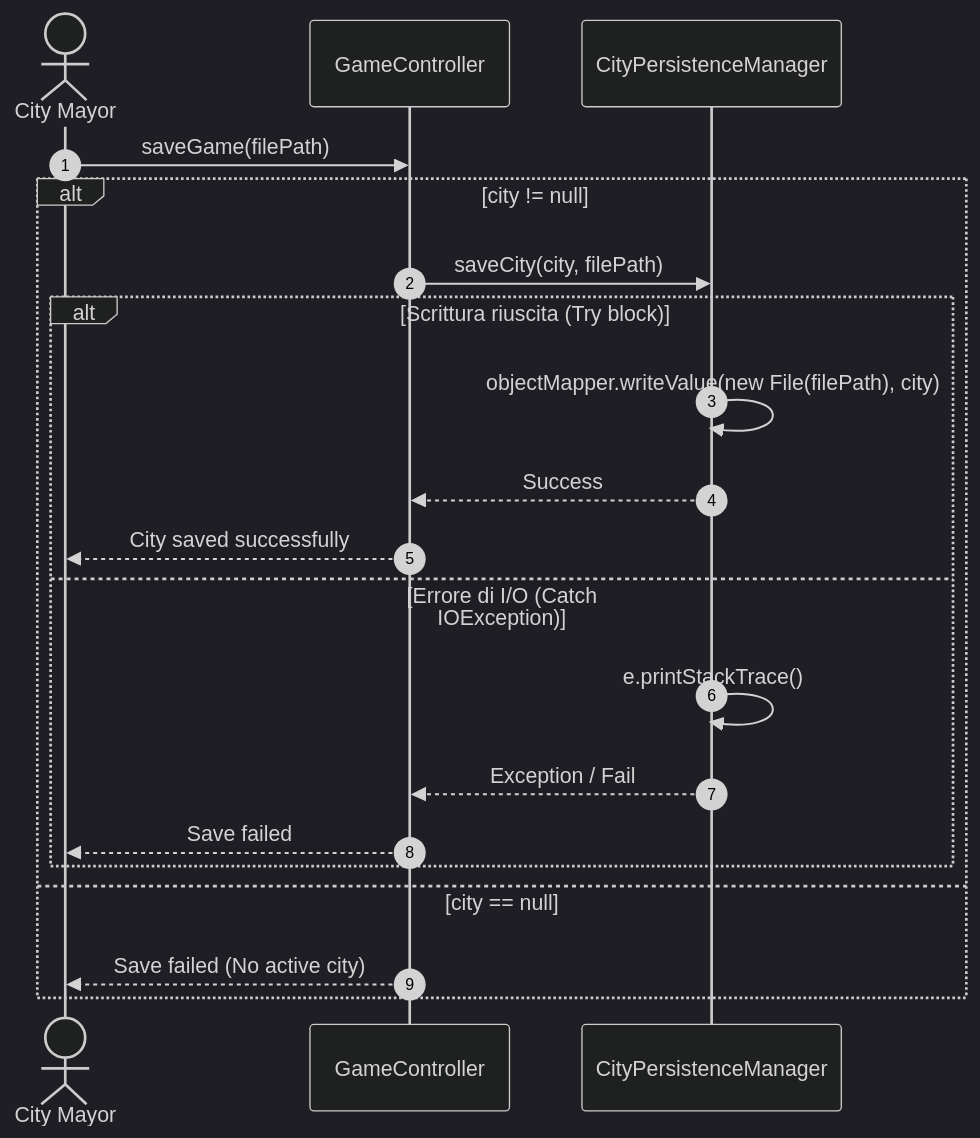
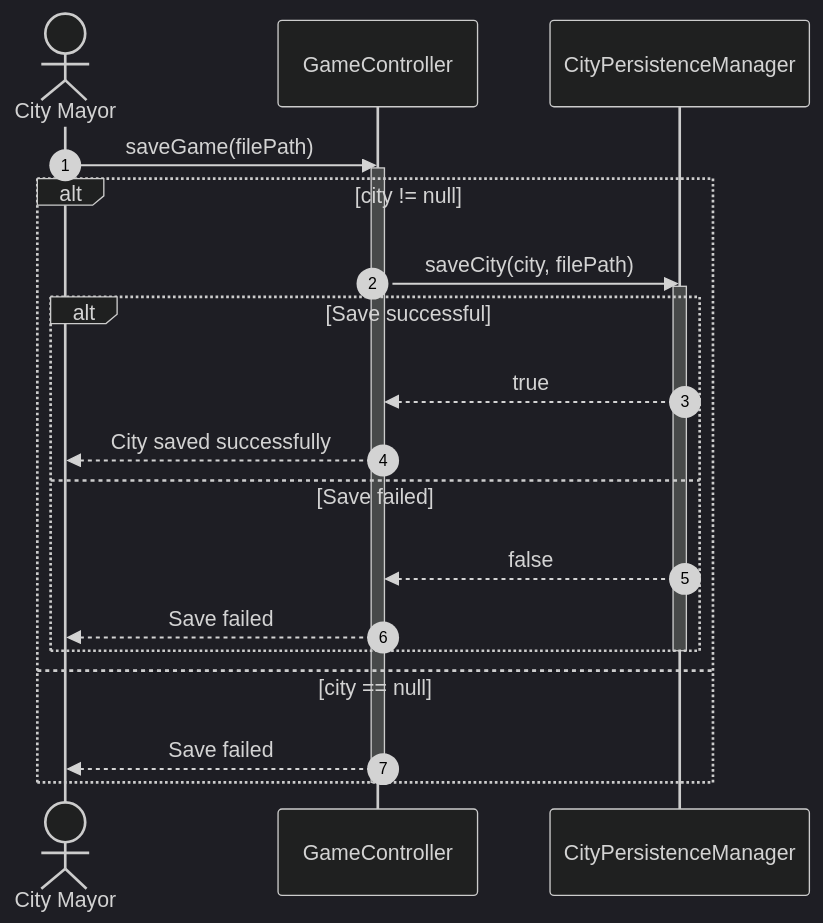
The diagram in docs/INTERNAL-SEQUENCE-DIAGRAM/isd-save-city.md (andreatoson3-netizen/Amatriciana), drawn with Mermaid (dark theme) before and after one commit.

````diff
--- a/docs/INTERNAL-SEQUENCE-DIAGRAM/isd-save-city.md
+++ b/docs/INTERNAL-SEQUENCE-DIAGRAM/isd-save-city.md
@@ -1,26 +1,29 @@
 ```mermaid
 sequenceDiagram
     autonumber
     actor Mayor as City Mayor
     participant Controller as GameController
     participant Persistence as CityPersistenceManager
 
     Mayor->>Controller: saveGame(filePath)
-    
+    activate Controller
+
     alt city != null
         Controller->>Persistence: saveCity(city, filePath)
-        
-        alt Scrittura riuscita (Try block)
-            Persistence->>Persistence: objectMapper.writeValue(new File(filePath), city)
-            Persistence-->>Controller: Success
+        activate Persistence
+
+        alt Save successful
+            Persistence-->>Controller: true
             Controller-->>Mayor: City saved successfully
-        else Errore di I/O (Catch IOException)
-            Persistence->>Persistence: e.printStackTrace()
-            Persistence-->>Controller: Exception / Fail
+        else Save failed
+            Persistence-->>Controller: false
             Controller-->>Mayor: Save failed
         end
-        
+
+        deactivate Persistence
     else city == null
-        Controller-->>Mayor: Save failed (No active city)
+        Controller-->>Mayor: Save failed
     end
+
+    deactivate Controller
 ```
````
